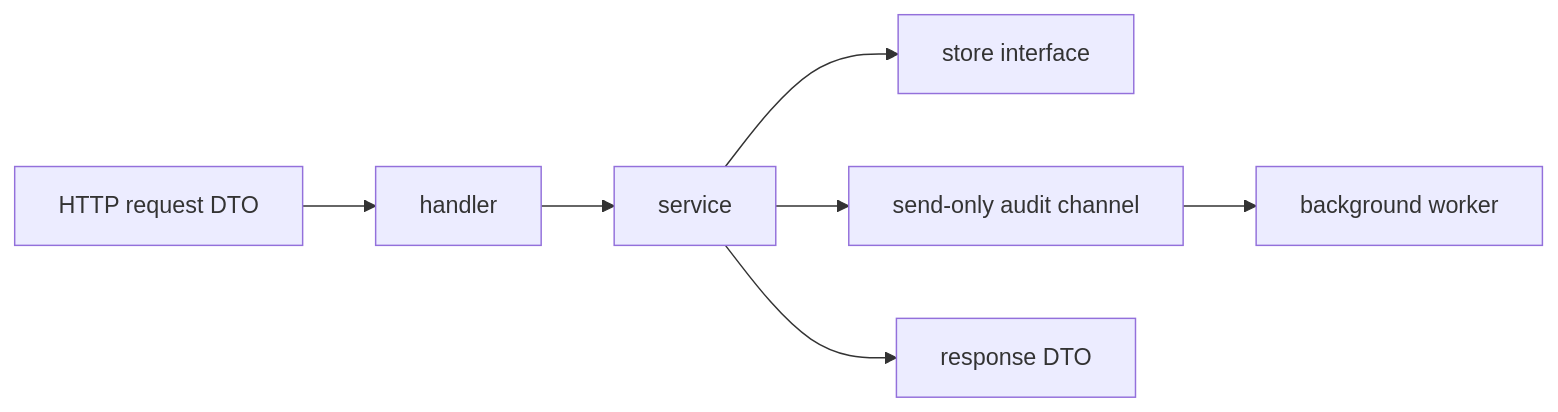
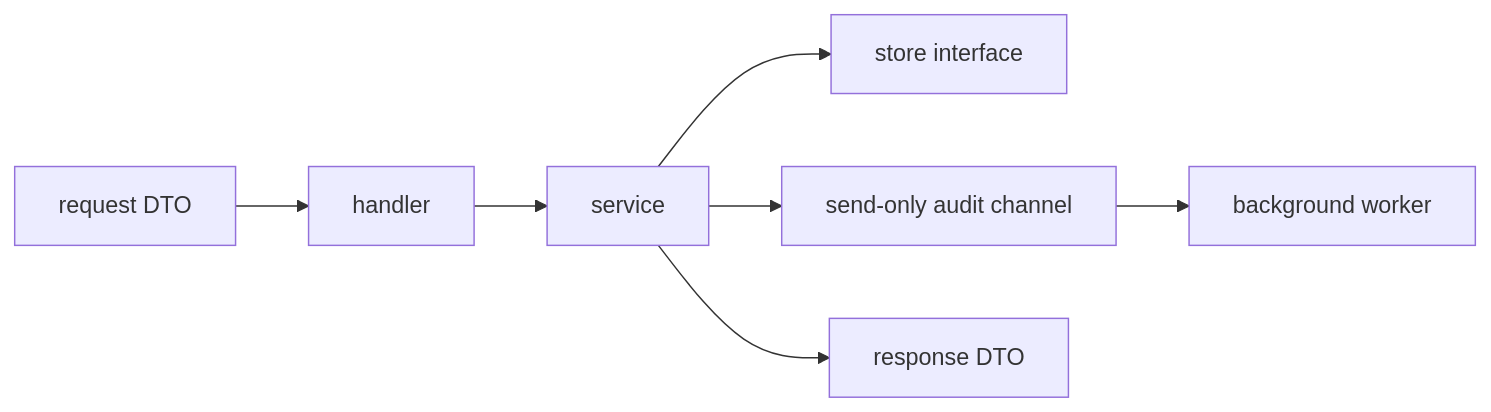
The diagram in docs/guide/clean-go-service-basics.md (jaeyoung0509/golang-conccurency-patterns), drawn with Mermaid before and after one commit. The commit also changed other lines of this file and 1 other file, not shown here.

````diff
--- a/docs/guide/clean-go-service-basics.md
+++ b/docs/guide/clean-go-service-basics.md
@@ -24,9 +28,9 @@
 ```mermaid
 flowchart LR
-    A["HTTP request DTO"] --> B["handler"]
+    A["request DTO"] --> B["handler"]
     B --> C["service"]
     C --> D["store interface"]
     C --> E["send-only audit channel"]
     E --> F["background worker"]
     C --> G["response DTO"]
 ```
````
